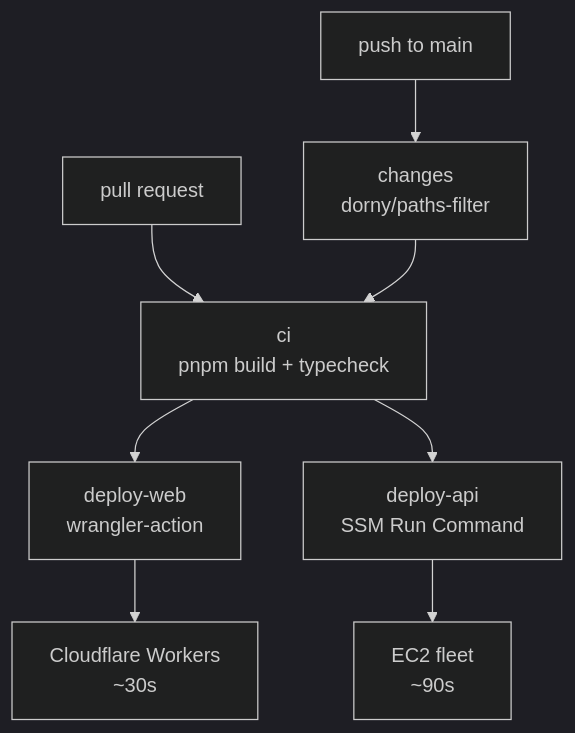
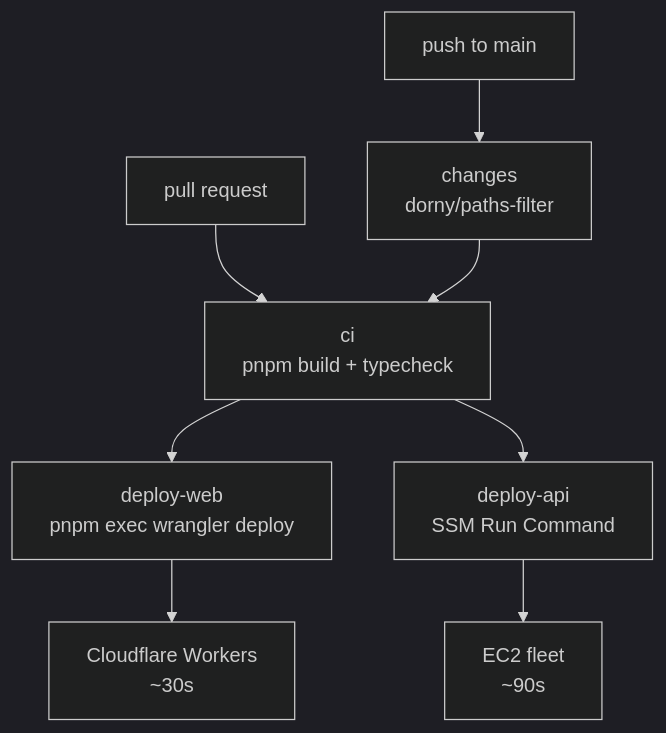
One commit to AyushAtyantik/hybrid-deploy-arch-demo changed the first of 2 diagrams in docs/DEPLOYMENT.md. Above: the diagram before and after it, drawn with Mermaid (dark theme). The commit also changed 4 other files, not shown here.

Commit message:
fix(ci): deploy Worker with pinned wrangler; update RDS runbook

````diff
--- a/docs/DEPLOYMENT.md
+++ b/docs/DEPLOYMENT.md
@@ -8,12 +8,12 @@
 ```mermaid
 flowchart TB
     push["push to main"] --> changes
     pr["pull request"] --> ci
 
     changes["changes<br/>dorny/paths-filter"] --> ci
     ci["ci<br/>pnpm build + typecheck"] --> web
     ci --> api
 
-    web["deploy-web<br/>wrangler-action"] --> cf["Cloudflare Workers<br/>~30s"]
+    web["deploy-web<br/>pnpm exec wrangler deploy"] --> cf["Cloudflare Workers<br/>~30s"]
     api["deploy-api<br/>SSM Run Command"] --> ec2["EC2 fleet<br/>~90s"]
 ```
````
